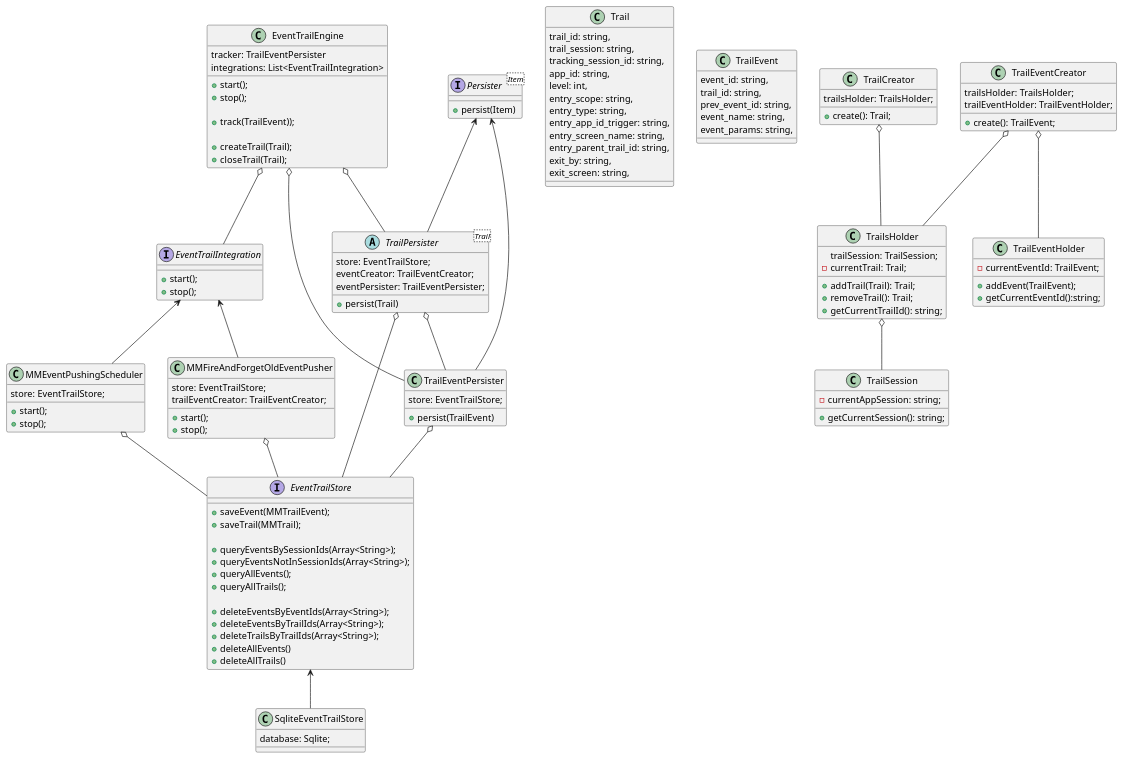
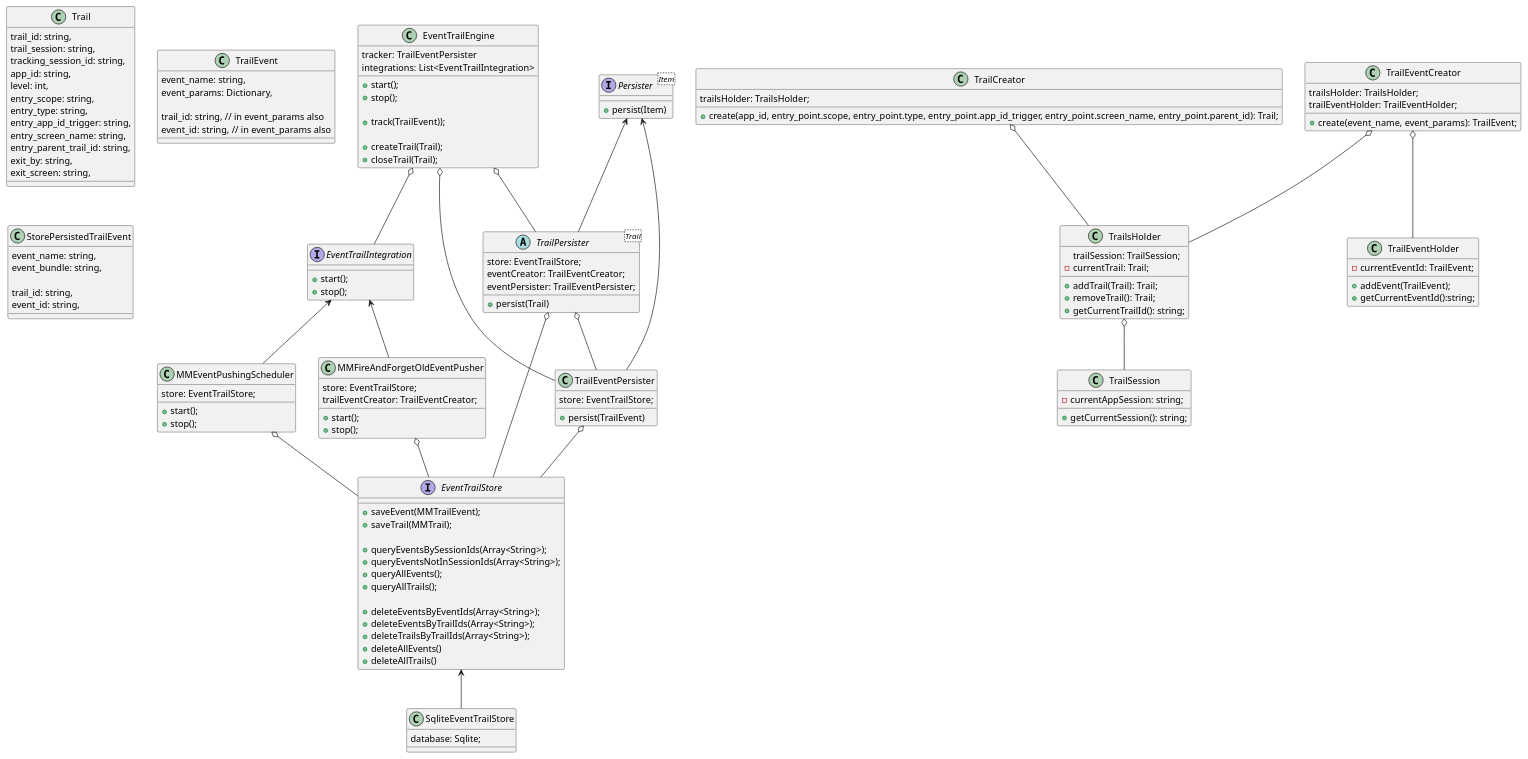
Before and after one commit to lamnguyen5464/event-trail: the diagram in EventTrailTest/event_trails.plantuml, drawn with PlantUML. The commit also changed 21 other files, not shown here.

```diff
--- a/EventTrailTest/event_trails.plantuml
+++ b/EventTrailTest/event_trails.plantuml
@@ -1,182 +1,190 @@
 @startuml
 
 
 class EventTrailEngine {
     tracker: TrailEventPersister
     integrations: List<EventTrailIntegration>
 
     + start();
     + stop();
 
     + track(TrailEvent));
     
     + createTrail(Trail);
     + closeTrail(Trail);
 
 }
 EventTrailEngine o-- EventTrailIntegration
 EventTrailEngine o-- TrailEventPersister
 EventTrailEngine o-- TrailPersister
 
 interface Persister<Item> {
     + persist(Item)
 }
 Persister <-- TrailPersister
 Persister <-- TrailEventPersister
 
 abstract class TrailPersister<Trail> {
     store: EventTrailStore;
     eventCreator: TrailEventCreator;
     eventPersister: TrailEventPersister;
 
     + persist(Trail)
 }
 ' TrailPersister <-- StartTrailPersister
 ' TrailPersister <-- EndTrailPersister
 TrailPersister o-- EventTrailStore
 TrailPersister o-- TrailEventPersister
 
 
 class TrailEventPersister {
     store: EventTrailStore;
 
     + persist(TrailEvent)
 }
 TrailEventPersister o-- EventTrailStore
 
 ' class StartTrailPersister { 
 '     + persist(Trail)
 ' }
 
 ' class EndTrailPersister { 
 '     + persist(Trail)
 ' }
 
 
 ' TrailEventPersister o-- UpcomingTrailEventsSubject
 
 ' class UpcomingTrailEventsSubject {
 '     + emit()
 '     + onUpComingEvent(callback)
 ' }
 
 interface EventTrailIntegration {
     + start();
     + stop();
 }
 EventTrailIntegration <-- MMEventPushingScheduler
 EventTrailIntegration <--  MMFireAndForgetOldEventPusher
 ' EventTrailIntegration <-- ThresholdPusherIntegration
 
 
 class MMEventPushingScheduler {
     store: EventTrailStore;
     + start();
     + stop();
 }
 MMEventPushingScheduler o-- EventTrailStore
 
 ' class ThresholdPusherIntegration {
 '     subject: UpcomingTrailEventsSubject;
 '     store: EventTrailStore;
 '     thresholdNumberOfEvents: Int;
 '     - checkIfReachingThreshold();
 '     + start();
 '     + stop();
 ' }
 ' ThresholdPusherIntegration o-- UpcomingTrailEventsSubject
 ' ThresholdPusherIntegration o-- EventTrailStore
 
 class  MMFireAndForgetOldEventPusher {
     store: EventTrailStore;
     trailEventCreator: TrailEventCreator;
 
     + start();
     + stop();
 }
  MMFireAndForgetOldEventPusher o-- EventTrailStore
 
 interface EventTrailStore {
     + saveEvent(MMTrailEvent);
     + saveTrail(MMTrail);
 
     + queryEventsBySessionIds(Array<String>);
     + queryEventsNotInSessionIds(Array<String>);
     + queryAllEvents();
     + queryAllTrails();
  
     + deleteEventsByEventIds(Array<String>);
     + deleteEventsByTrailIds(Array<String>);
     + deleteTrailsByTrailIds(Array<String>);
     + deleteAllEvents()
     + deleteAllTrails()
 }
 
 EventTrailStore <-- SqliteEventTrailStore
 
 class SqliteEventTrailStore {
     database: Sqlite;
 }
  
 class Trail {
 	trail_id: string,
     trail_session: string,
 	tracking_session_id: string,
 	app_id: string,
 	level: int,
 	entry_scope: string,
 	entry_type: string,
 	entry_app_id_trigger: string,
 	entry_screen_name: string,
 	entry_parent_trail_id: string,
 	exit_by: string,
 	exit_screen: string,
 }
 
 class TrailEvent {
+  event_name: string,
+  event_params: Dictionary,
+
+  trail_id: string, // in event_params also
+  event_id: string, // in event_params also
+}
+
+class StorePersistedTrailEvent {
+  event_name: string,
+  event_bundle: string,
+
+  trail_id: string, 
   event_id: string,
-  trail_id: string,
-  prev_event_id: string,
-  event_name: string,
-  event_params: string,
 }
 
 class TrailsHolder {
     trailSession: TrailSession;
     - currentTrail: Trail;
 
     + addTrail(Trail): Trail;
     + removeTrail(): Trail;
     + getCurrentTrailId(): string;
 }
 TrailsHolder o-- TrailSession
 
 class TrailEventHolder {
     - currentEventId: TrailEvent;
 
     + addEvent(TrailEvent);
     + getCurrentEventId():string;
 }
 
 class TrailEventCreator {
     trailsHolder: TrailsHolder;
     trailEventHolder: TrailEventHolder;
 
-    + create(): TrailEvent;
+    + create(event_name, event_params): TrailEvent;
 }
 TrailEventCreator o-- TrailsHolder
 TrailEventCreator o-- TrailEventHolder
 
 class TrailCreator {
     trailsHolder: TrailsHolder;
 
-    + create(): Trail;
+    + create(app_id, entry_point.scope, entry_point.type, entry_point.app_id_trigger, entry_point.screen_name, entry_point.parent_id): Trail;
 }
 TrailCreator o--TrailsHolder
 
 class TrailSession {
     - currentAppSession: string;
     + getCurrentSession(): string;
 }
 
 @enduml
```
